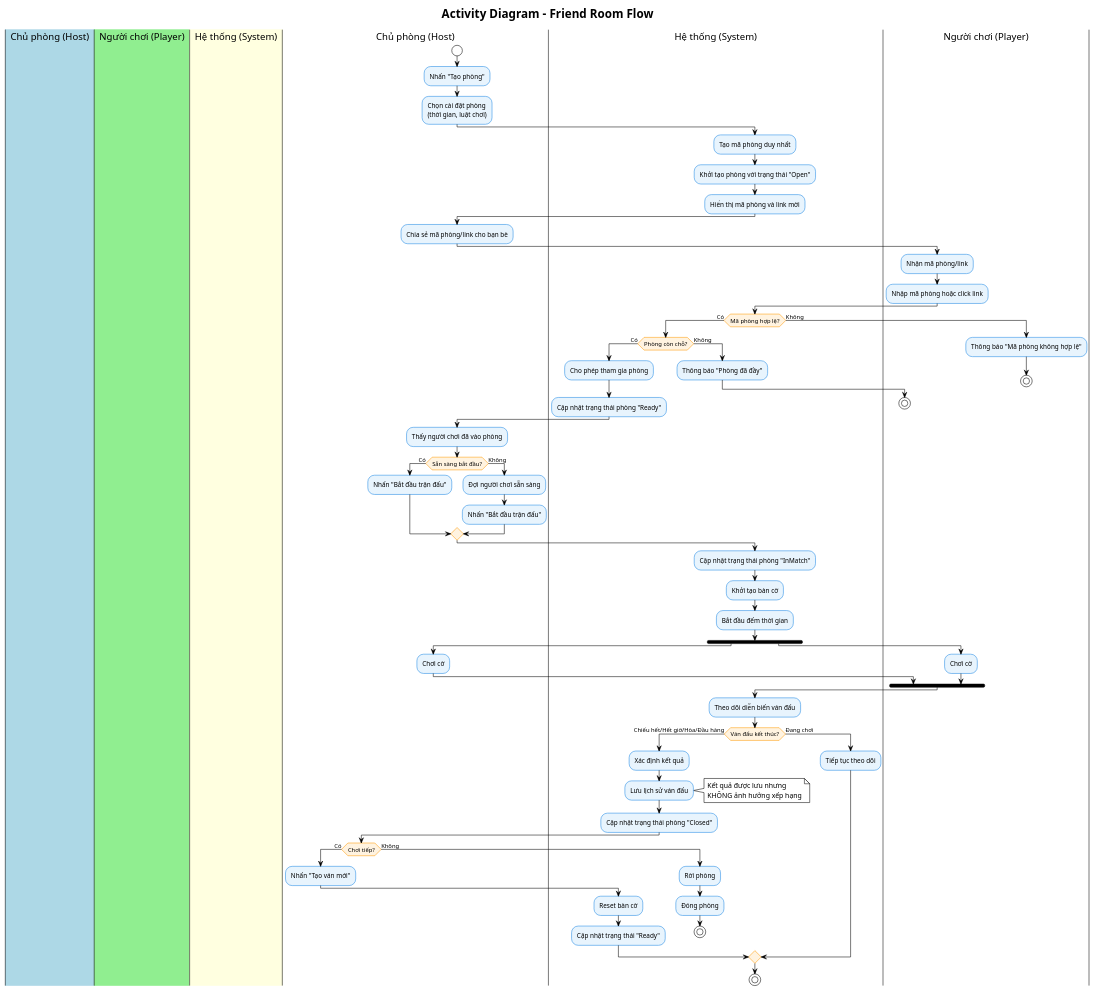
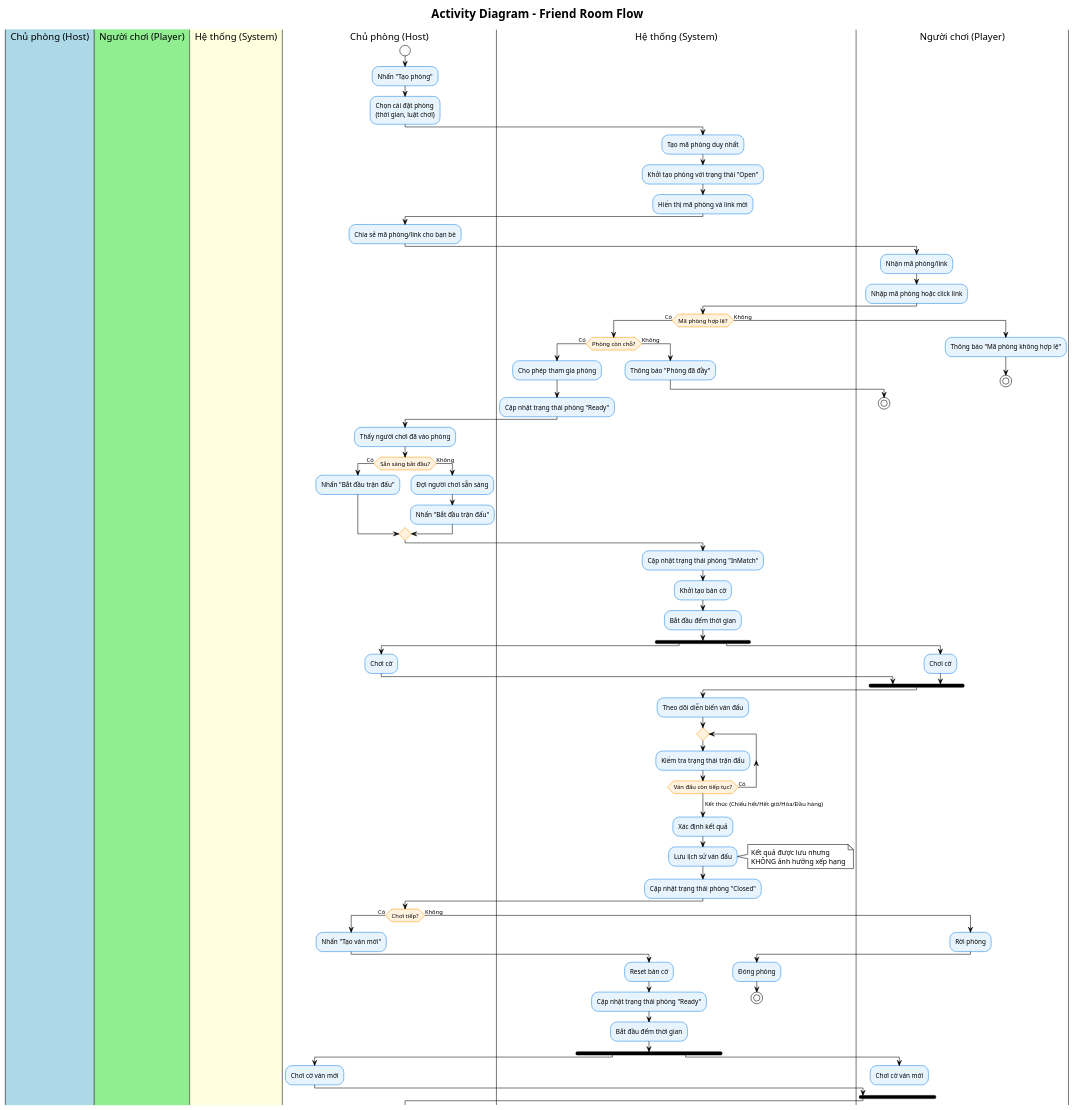
One commit to Sagitoaz/ChessWeb changed the diagram in diagram/activity/Friend Room + Tournament/FriendRoom.puml. Above: the diagram before and after it, drawn with PlantUML.

Commit message:
refactor: Update game end flow and room closure logic in Friend Room diagram

```diff
--- a/diagram/activity/Friend Room + Tournament/FriendRoom.puml
+++ b/diagram/activity/Friend Room + Tournament/FriendRoom.puml
@@ -1,99 +1,109 @@
 @startuml FriendRoom_Activity
 !theme plain
 skinparam activityBackgroundColor #E8F4FD
 skinparam activityBorderColor #1E88E5
 skinparam activityDiamondBackgroundColor #FFF3E0
 skinparam activityDiamondBorderColor #FF9800
 
 title Activity Diagram - Friend Room Flow
 |#LightBlue| Chủ phòng (Host) |
 |#LightGreen| Người chơi (Player) |
 |#LightYellow| Hệ thống (System) |
 
 |Chủ phòng (Host)|
 start
 :Nhấn "Tạo phòng";
 :Chọn cài đặt phòng
 (thời gian, luật chơi);
 
 |Hệ thống (System)|
 :Tạo mã phòng duy nhất;
 :Khởi tạo phòng với trạng thái "Open";
 :Hiển thị mã phòng và link mời;
 
 |Chủ phòng (Host)|
 :Chia sẻ mã phòng/link cho bạn bè;
 
 |Người chơi (Player)|
 :Nhận mã phòng/link;
 :Nhập mã phòng hoặc click link;
 
 |Hệ thống (System)|
 if (Mã phòng hợp lệ?) then (Có)
   if (Phòng còn chỗ?) then (Có)
     :Cho phép tham gia phòng;
     :Cập nhật trạng thái phòng "Ready";
   else (Không)
     :Thông báo "Phòng đã đầy";
     |Người chơi (Player)|
     stop
   endif
 else (Không)
   :Thông báo "Mã phòng không hợp lệ";
   |Người chơi (Player)|
   stop
 endif
 
 |Chủ phòng (Host)|
 :Thấy người chơi đã vào phòng;
 if (Sẵn sàng bắt đầu?) then (Có)
   :Nhấn "Bắt đầu trận đấu";
 else (Không)
   :Đợi người chơi sẵn sàng;
   :Nhấn "Bắt đầu trận đấu";
 endif
 
 |Hệ thống (System)|
 :Cập nhật trạng thái phòng "InMatch";
 :Khởi tạo bàn cờ;
 :Bắt đầu đếm thời gian;
 
 fork
   |Chủ phòng (Host)|
   :Chơi cờ;
 fork again
   |Người chơi (Player)|
   :Chơi cờ;
 end fork
 
 |Hệ thống (System)|
 :Theo dõi diễn biến ván đấu;
 
-if (Ván đấu kết thúc?) then (Chiếu hết/Hết giờ/Hòa/Đầu hàng)
-  :Xác định kết quả;
-  :Lưu lịch sử ván đấu;
-  note right
-    Kết quả được lưu nhưng
-    KHÔNG ảnh hưởng xếp hạng
-  end note
-  :Cập nhật trạng thái phòng "Closed";
+repeat
+  :Kiểm tra trạng thái trận đấu;
+repeat while (Ván đấu còn tiếp tục?) is (Có)
+->Kết thúc (Chiếu hết/Hết giờ/Hòa/Đầu hàng);
+
+:Xác định kết quả;
+:Lưu lịch sử ván đấu;
+note right
+  Kết quả được lưu nhưng
+  KHÔNG ảnh hưởng xếp hạng
+end note
+:Cập nhật trạng thái phòng "Closed";
+
+|Chủ phòng (Host)|
+if (Chơi tiếp?) then (Có)
+  :Nhấn "Tạo ván mới";
+  |Hệ thống (System)|
+  :Reset bàn cờ;
+  :Cập nhật trạng thái phòng "Ready";
+  :Bắt đầu đếm thời gian;
   
-  |Chủ phòng (Host)|
-  if (Chơi tiếp?) then (Có)
-    :Nhấn "Tạo ván mới";
-    |Hệ thống (System)|
-    :Reset bàn cờ;
-    :Cập nhật trạng thái "Ready";
-  else (Không)
-    :Rời phòng;
-    |Hệ thống (System)|
-    :Đóng phòng;
-    stop
-  endif
-else (Đang chơi)
-  :Tiếp tục theo dõi;
+  fork
+    |Chủ phòng (Host)|
+    :Chơi cờ ván mới;
+  fork again
+    |Người chơi (Player)|
+    :Chơi cờ ván mới;
+  end fork
+  
+  detach
+else (Không)
+  :Rời phòng;
+  |Hệ thống (System)|
+  :Đóng phòng;
+  stop
 endif
 
-stop
-
 @enduml
```
